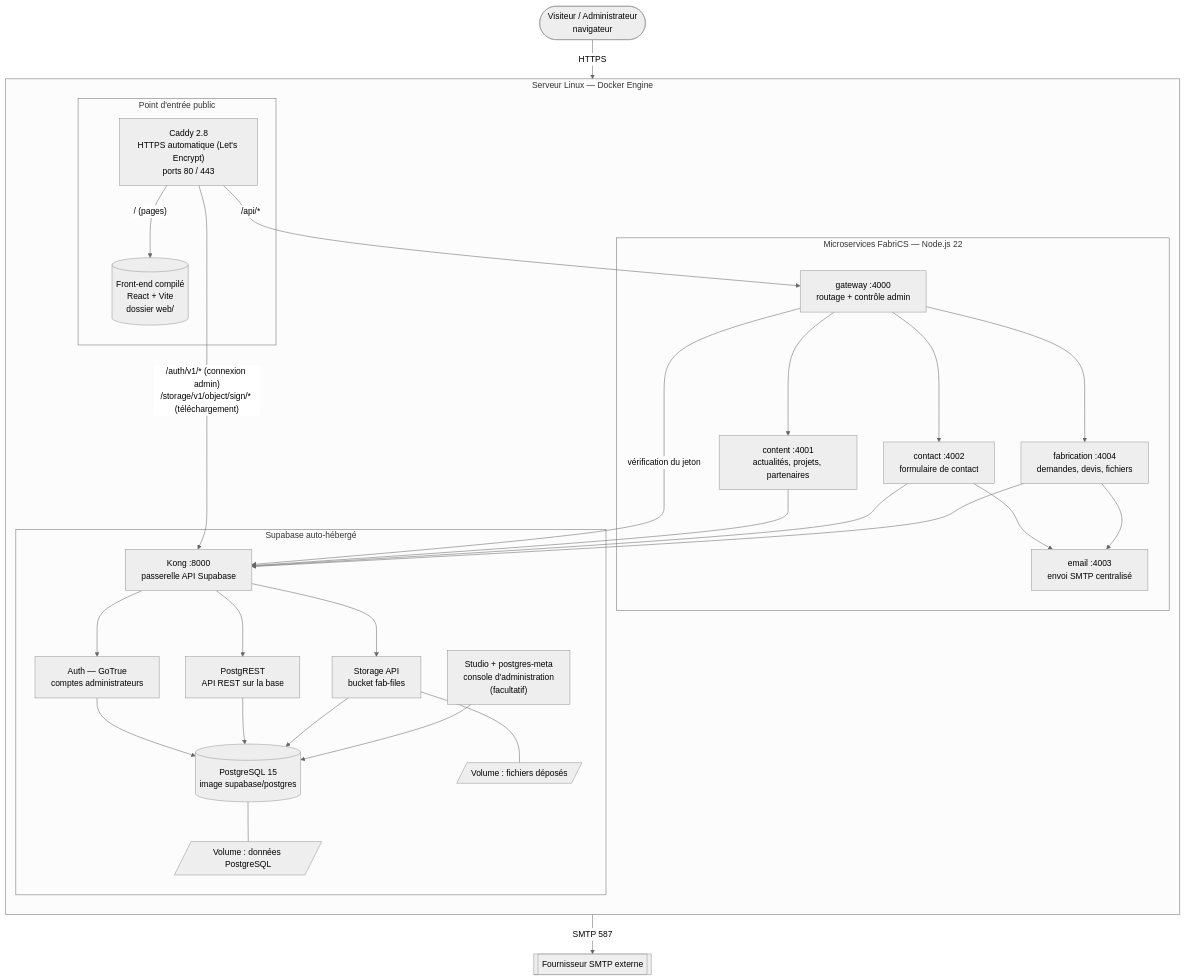
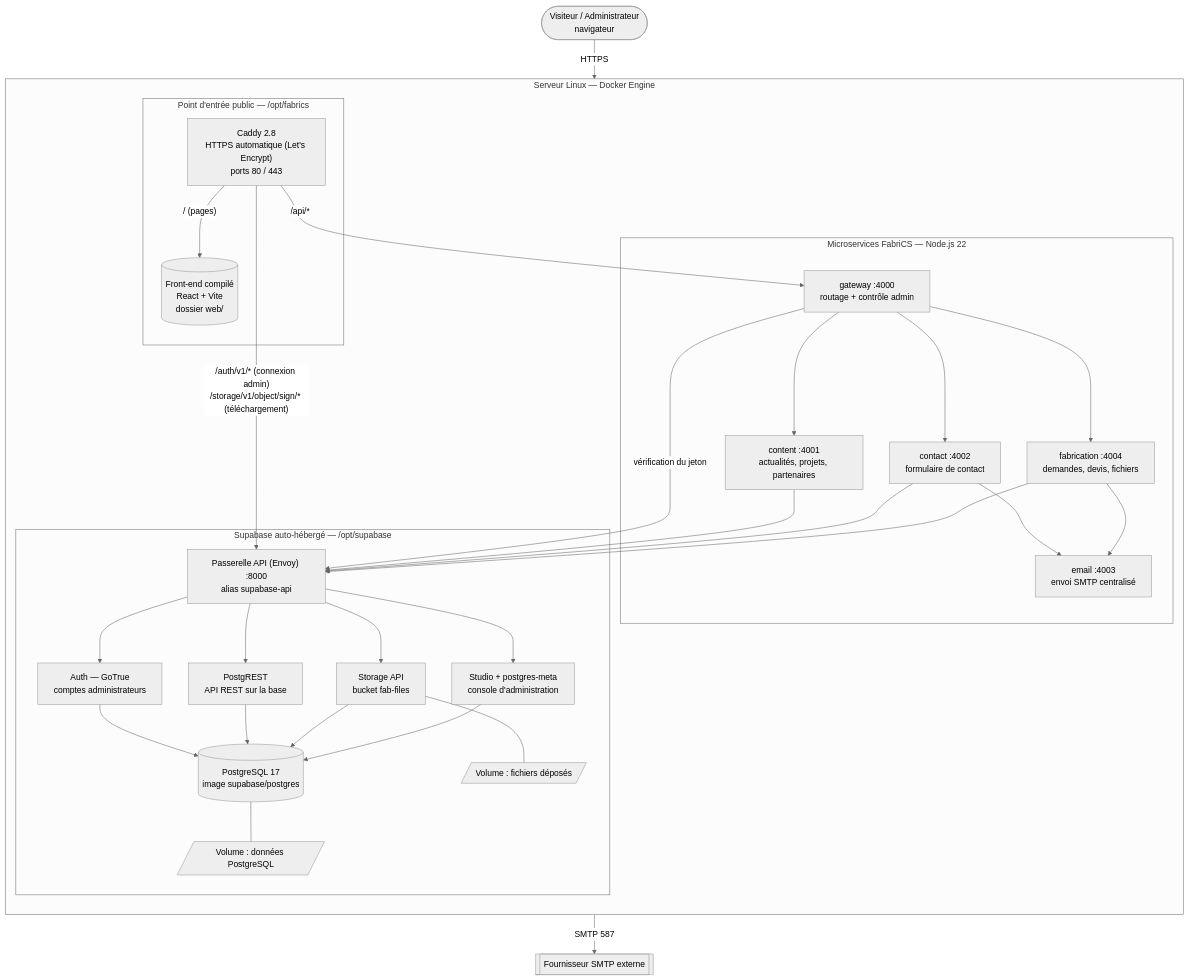
Before and after one commit to anastariq7927-cmd/fabrics-app: the first of 2 diagrams in SERVEUR.md, drawn with Mermaid (neutral theme). The commit also changed other lines of this file and 9 other files, not shown here.

````diff
--- a/SERVEUR.md
+++ b/SERVEUR.md
@@ -53,61 +55,62 @@
 ```mermaid
 flowchart TB
     user(["Visiteur / Administrateur<br/>navigateur"])
 
     subgraph server["Serveur Linux — Docker Engine"]
         direction TB
 
-        subgraph edge["Point d'entrée public"]
+        subgraph edge["Point d'entrée public — /opt/fabrics"]
             caddy["Caddy 2.8<br/>HTTPS automatique (Let's Encrypt)<br/>ports 80 / 443"]
             web[("Front-end compilé<br/>React + Vite<br/>dossier web/")]
         end
 
         subgraph app["Microservices FabriCS — Node.js 22"]
             gateway["gateway :4000<br/>routage + contrôle admin"]
             content["content :4001<br/>actualités, projets, partenaires"]
             contact["contact :4002<br/>formulaire de contact"]
             fabrication["fabrication :4004<br/>demandes, devis, fichiers"]
             email["email :4003<br/>envoi SMTP centralisé"]
         end
 
-        subgraph supa["Supabase auto-hébergé"]
-            kong["Kong :8000<br/>passerelle API Supabase"]
+        subgraph supa["Supabase auto-hébergé — /opt/supabase"]
+            apigw["Passerelle API (Envoy) :8000<br/>alias supabase-api"]
             auth["Auth — GoTrue<br/>comptes administrateurs"]
             rest["PostgREST<br/>API REST sur la base"]
             storage["Storage API<br/>bucket fab-files"]
-            db[("PostgreSQL 15<br/>image supabase/postgres")]
-            studio["Studio + postgres-meta<br/>console d'administration<br/>(facultatif)"]
+            db[("PostgreSQL 17<br/>image supabase/postgres")]
+            studio["Studio + postgres-meta<br/>console d'administration"]
             vol_db[/"Volume : données PostgreSQL"/]
             vol_files[/"Volume : fichiers déposés"/]
         end
     end
 
     smtp[["Fournisseur SMTP externe"]]
 
     user -- "HTTPS" --> caddy
     caddy -- "/ (pages)" --> web
     caddy -- "/api/*" --> gateway
-    caddy -- "/auth/v1/* (connexion admin)<br/>/storage/v1/object/sign/* (téléchargement)" --> kong
+    caddy -- "/auth/v1/* (connexion admin)<br/>/storage/v1/object/sign/* (téléchargement)" --> apigw
 
     gateway --> content
     gateway --> contact
     gateway --> fabrication
     contact --> email
     fabrication --> email
     email -- "SMTP 587" --> smtp
 
-    gateway -- "vérification du jeton" --> kong
-    content --> kong
-    contact --> kong
-    fabrication --> kong
+    gateway -- "vérification du jeton" --> apigw
+    content --> apigw
+    contact --> apigw
+    fabrication --> apigw
 
-    kong --> auth
-    kong --> rest
-    kong --> storage
+    apigw --> auth
+    apigw --> rest
+    apigw --> storage
+    apigw --> studio
     auth --> db
     rest --> db
     storage --> db
     storage --- vol_files
     studio --> db
     db --- vol_db
 ```
````
